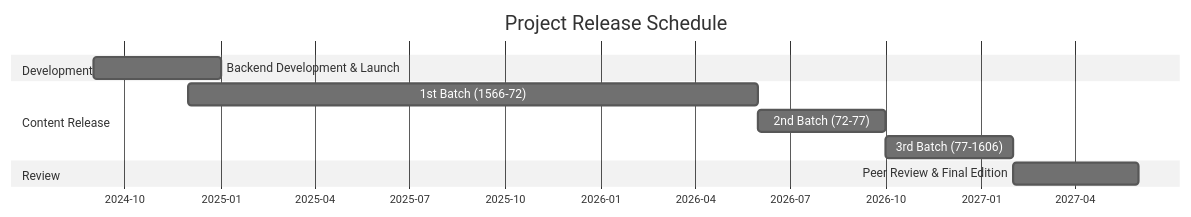
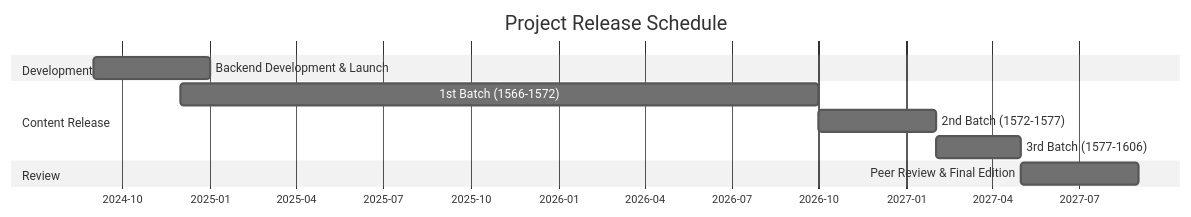
Before and after one commit to Pantagrueliste/CavrianaCorr: the diagram in README.md, drawn with Mermaid (neutral theme). The commit also changed other lines of this file and 5 other files, not shown here.

````diff
--- a/README.md
+++ b/README.md
@@ -38,17 +40,17 @@
 ```mermaid
 gantt
     title Project Release Schedule
     dateFormat YYYY-MM
     axisFormat %Y-%m
 
     section Development
     Backend Development & Launch :2024-09, 2025-01
 
     section Content Release
-    1st Batch (1566-72)      :2024-12, 2026-06
-    2nd Batch (72-77)        :2026-06, 2026-10
-    3rd Batch (77-1606)      :2026-10, 2027-02
+    1st Batch (1566-1572)       :2024-12, 2026-10
+    2nd Batch (1572-1577)       :2026-10, 2027-02
+    3rd Batch (1577-1606)       :2027-02, 2027-05
 
     section Review
-    Peer Review & Final Edition  :2027-02, 2027-06
+    Peer Review & Final Edition  :2027-05, 2027-09
 ```
````
